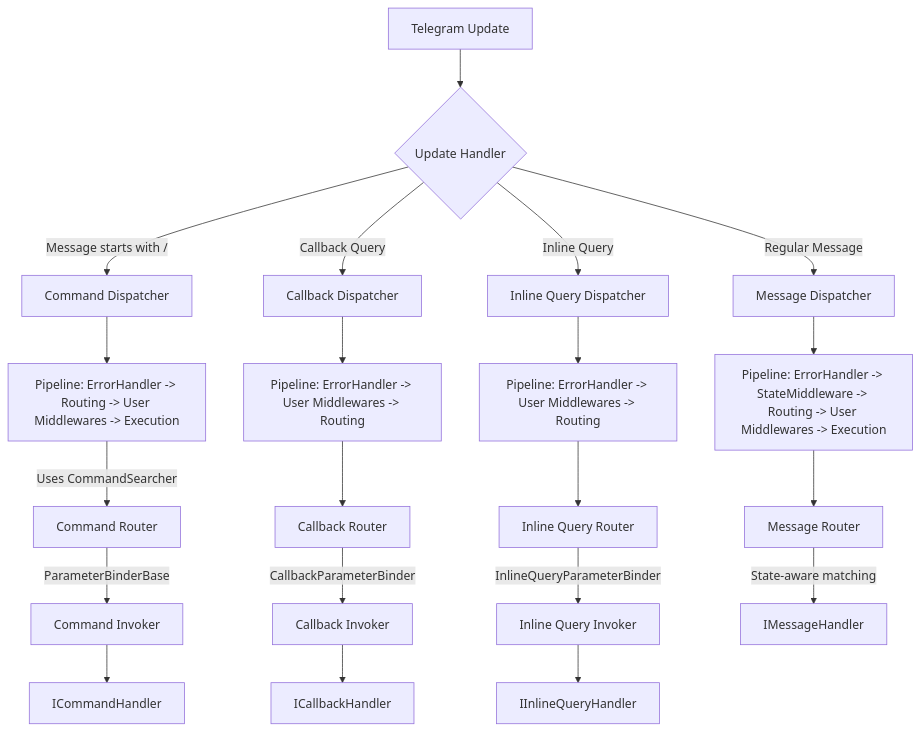
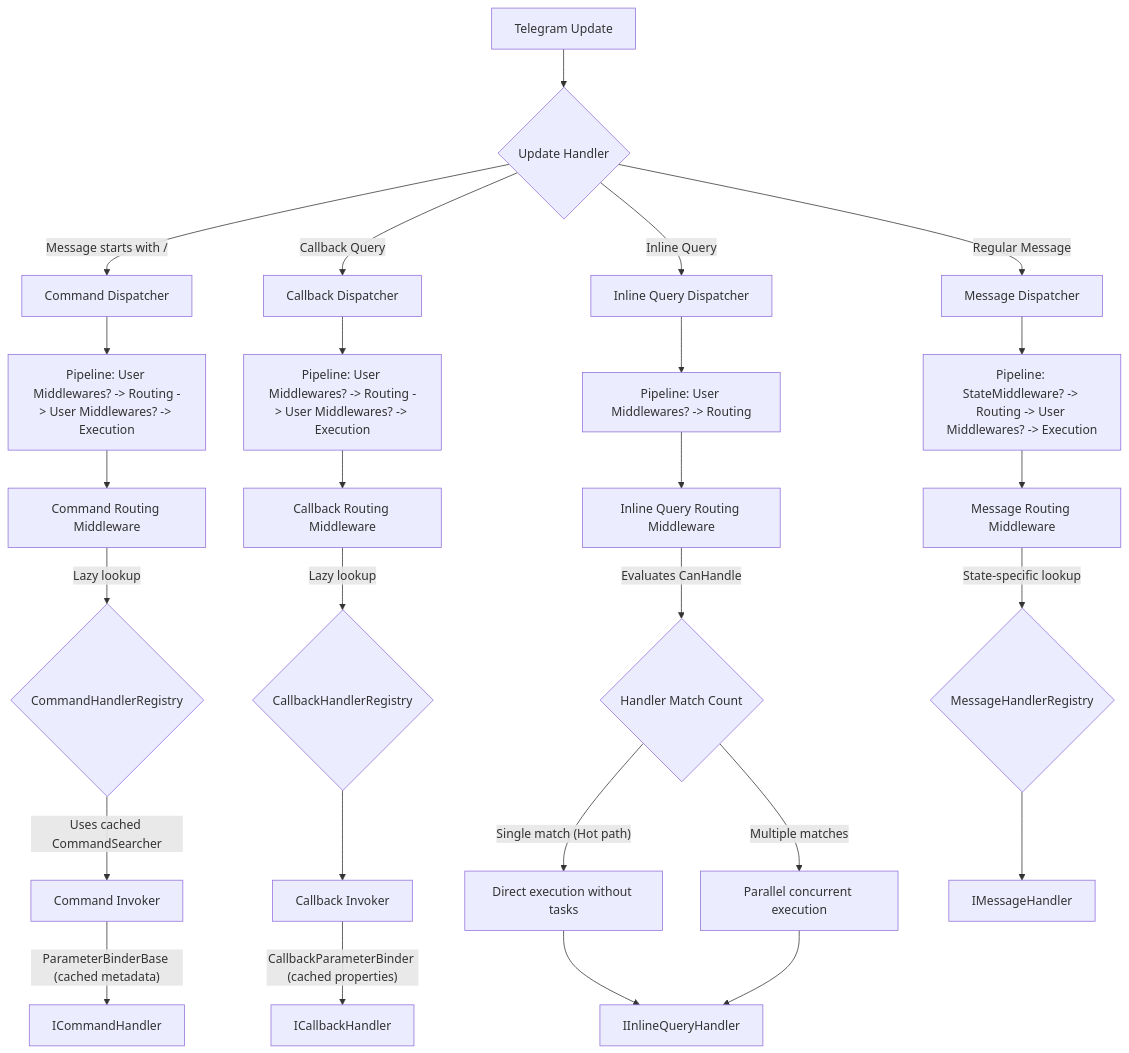
One commit to uladzislautsimankou/telegram-botkit changed the diagram in README.md. Above: the diagram before and after it, drawn with Mermaid. The commit also changed other lines of this file and 203 other files, not shown here.

````diff
--- a/README.md
+++ b/README.md
@@ -16,31 +16,37 @@
 ```mermaid
 graph TD
     Update[Telegram Update] --> Handler{Update Handler}
     
     %% Command Flow
     Handler -- "Message starts with /" --> CmdDisp[Command Dispatcher]
-    CmdDisp --> CmdPipe[Pipeline: ErrorHandler -> Routing -> User Middlewares -> Execution]
-    CmdPipe -- "Uses CommandSearcher" --> CmdRouter[Command Router]
-    CmdRouter -- "ParameterBinderBase" --> CmdInvoker[Command Invoker]
-    CmdInvoker --> CmdHandler[ICommandHandler]
+    CmdDisp --> CmdPipe[Pipeline: User Middlewares? -> Routing -> User Middlewares? -> Execution]
+    CmdPipe --> CmdRouter[Command Routing Middleware]
+    CmdRouter -- "Lazy lookup" --> CmdReg{CommandHandlerRegistry}
+    CmdReg -- "Uses cached CommandSearcher" --> CmdInvoker[Command Invoker]
+    CmdInvoker -- "ParameterBinderBase (cached metadata)" --> CmdHandler[ICommandHandler]
     
     %% Callback Flow
     Handler -- Callback Query --> CbkDisp[Callback Dispatcher]
-    CbkDisp --> CbkPipe[Pipeline: ErrorHandler -> User Middlewares -> Routing]
-    CbkPipe --> CbkRouter[Callback Router]
-    CbkRouter -- "CallbackParameterBinder" --> CbkInvoker[Callback Invoker]
-    CbkInvoker --> CbkHandler[ICallbackHandler]
+    CbkDisp --> CbkPipe[Pipeline: User Middlewares? -> Routing -> User Middlewares? -> Execution]
+    CbkPipe --> CbkRouter[Callback Routing Middleware]
+    CbkRouter -- "Lazy lookup" --> CbkReg{CallbackHandlerRegistry}
+    CbkReg --> CbkInvoker[Callback Invoker]
+    CbkInvoker -- "CallbackParameterBinder (cached properties)" --> CbkHandler[ICallbackHandler]
 
     %% Inline Query Flow
     Handler -- Inline Query --> InlDisp[Inline Query Dispatcher]
-    InlDisp --> InlPipe[Pipeline: ErrorHandler -> User Middlewares -> Routing]
-    InlPipe --> InlRouter[Inline Query Router]
-    InlRouter -- "InlineQueryParameterBinder" --> InlInvoker[Inline Query Invoker]
-    InlInvoker --> InlHandler[IInlineQueryHandler]
+    InlDisp --> InlPipe[Pipeline: User Middlewares? -> Routing]
+    InlPipe --> InlRouter[Inline Query Routing Middleware]
+    InlRouter -- "Evaluates CanHandle" --> InlExec{Handler Match Count}
+    InlExec -- "Single match (Hot path)" --> InlDirect[Direct execution without tasks]
+    InlExec -- "Multiple matches" --> InlParallel[Parallel concurrent execution]
+    InlDirect --> InlHandler[IInlineQueryHandler]
+    InlParallel --> InlHandler
 
     %% Message Flow
     Handler -- Regular Message --> MsgDisp[Message Dispatcher]
-    MsgDisp --> MsgPipe[Pipeline: ErrorHandler -> StateMiddleware -> Routing -> User Middlewares -> Execution]
-    MsgPipe --> MsgRouter[Message Router]
-    MsgRouter -- "State-aware matching" --> MsgHandler[IMessageHandler]
+    MsgDisp --> MsgPipe[Pipeline: StateMiddleware? -> Routing -> User Middlewares? -> Execution]
+    MsgPipe --> MsgRouter[Message Routing Middleware]
+    MsgRouter -- "State-specific lookup" --> MsgReg{MessageHandlerRegistry}
+    MsgReg --> MsgHandler[IMessageHandler]
 ```
````
